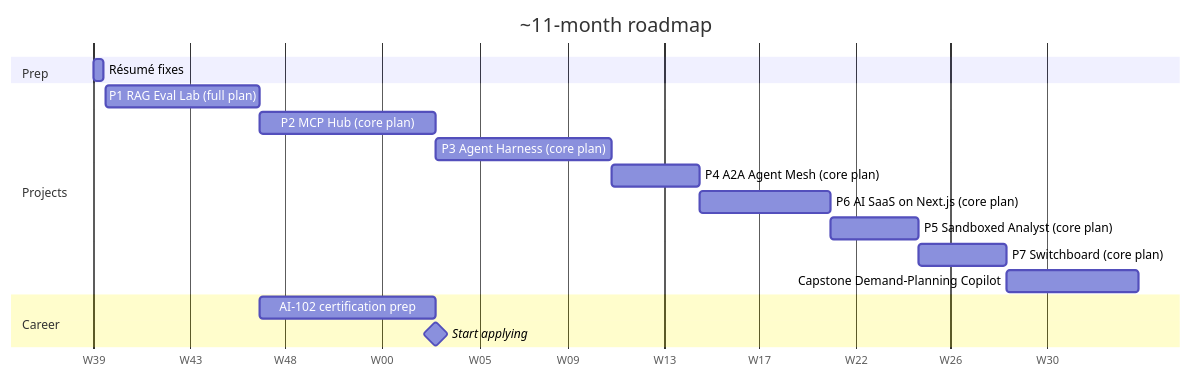
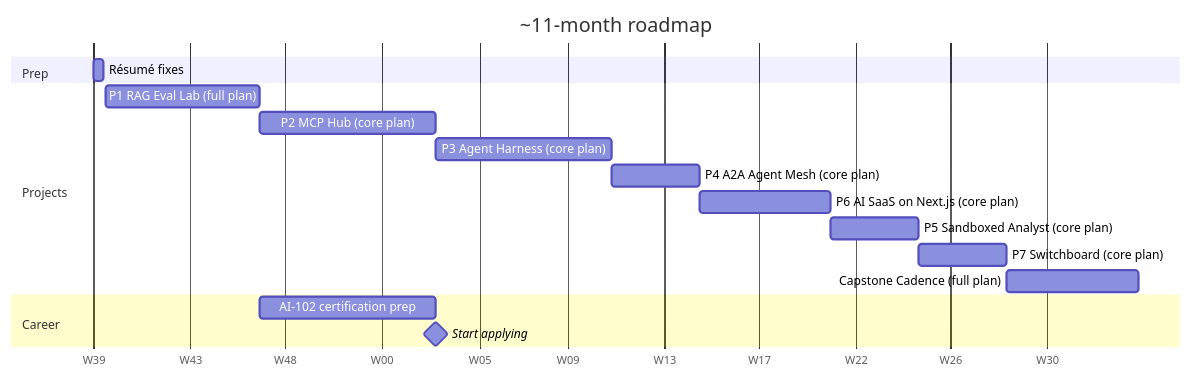
The diagram in 04-roadmap.md (pRiMeXoMeGa/AI-Learning-Projects), drawn with Mermaid before and after one commit. The commit also changed other lines of this file and 5 other files, not shown here.

First line of the commit message:
Choose full plan for the capstone and update the roadmap

````diff
--- a/04-roadmap.md
+++ b/04-roadmap.md
@@ -123,20 +138,20 @@
 ```mermaid
 gantt
     title ~11-month roadmap
     dateFormat YYYY-MM-DD
     axisFormat W%W
     section Prep
     Résumé fixes                        :r0, 2026-10-01, 3d
     section Projects
     P1 RAG Eval Lab (full plan)         :p1, 2026-10-05, 7w
     P2 MCP Hub (core plan)              :p2, after p1, 8w
     P3 Agent Harness (core plan)        :p3, after p2, 8w
     P4 A2A Agent Mesh (core plan)       :p4, after p3, 4w
     P6 AI SaaS on Next.js (core plan)   :p6, after p4, 6w
     P5 Sandboxed Analyst (core plan)    :p5, after p6, 4w
     P7 Switchboard (core plan)          :p7, after p5, 4w
-    Capstone Demand-Planning Copilot    :cap, after p7, 6w
+    Capstone Cadence (full plan)        :cap, after p7, 6w
     section Career
     AI-102 certification prep           :cert, after p1, 8w
     Start applying                      :milestone, after p2, 0d
 ```
````
